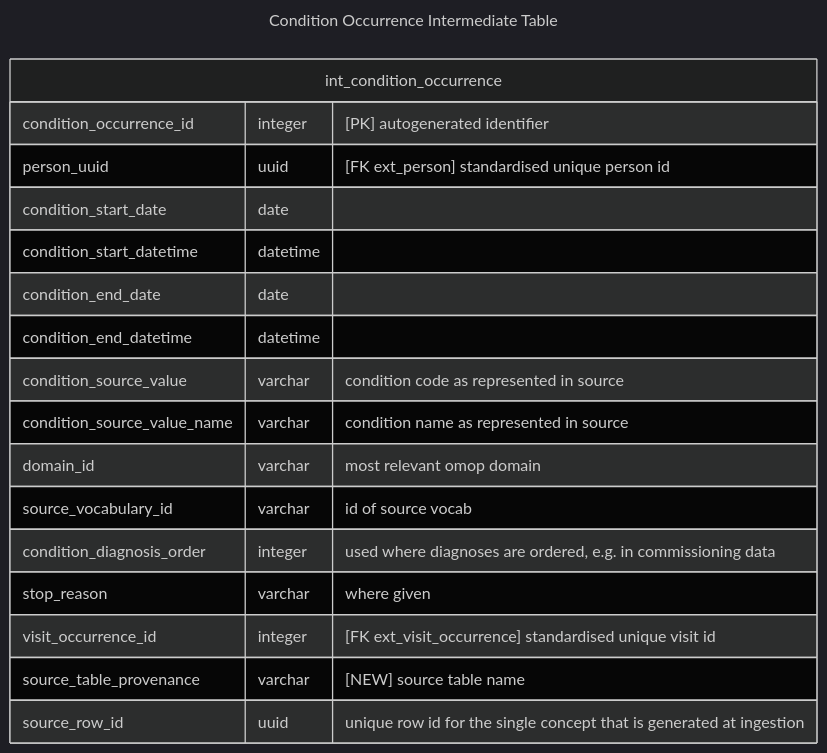
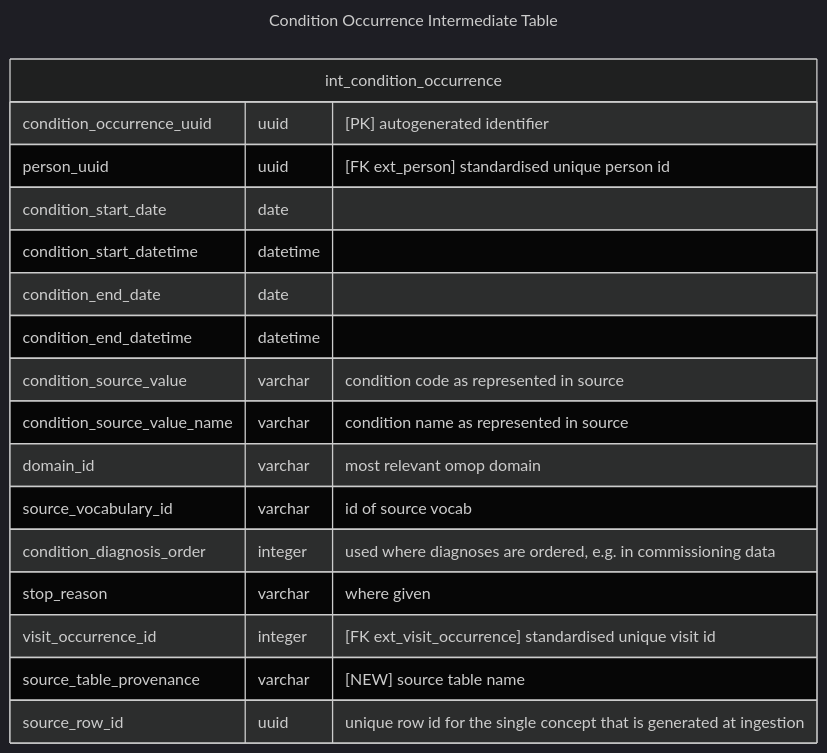
One commit to d3london/sde_aic_external_docs changed the first of 3 diagrams in src/pages/data_model/cdm_condition_occurrence.qmd. Above: the diagram before and after it, drawn with Mermaid (dark theme). The commit also changed other lines of this file and 3 other files, not shown here.

````diff
--- a/src/pages/data_model/cdm_condition_occurrence.qmd
+++ b/src/pages/data_model/cdm_condition_occurrence.qmd
@@ -28,23 +28,23 @@
 ```{mermaid}
 ---
 title: Condition Occurrence Intermediate Table
 ---
 erDiagram
     int_condition_occurrence {
-        condition_occurrence_id integer "[PK] autogenerated identifier"
+        condition_occurrence_uuid uuid "[PK] autogenerated identifier"
         person_uuid uuid "[FK ext_person] standardised unique person id"
         condition_start_date date
         condition_start_datetime datetime
         condition_end_date date
         condition_end_datetime datetime        
         condition_source_value varchar "condition code as represented in source"
         condition_source_value_name varchar "condition name as represented in source"
         domain_id varchar "most relevant omop domain"
         source_vocabulary_id varchar "id of source vocab"
         condition_diagnosis_order integer "used where diagnoses are ordered, e.g. in commissioning data"
         stop_reason varchar "where given"
         visit_occurrence_id integer "[FK ext_visit_occurrence] standardised unique visit id"
         source_table_provenance varchar "[NEW] source table name"
         source_row_id uuid "unique row id for the single concept that is generated at ingestion"
     }
 ```
````
